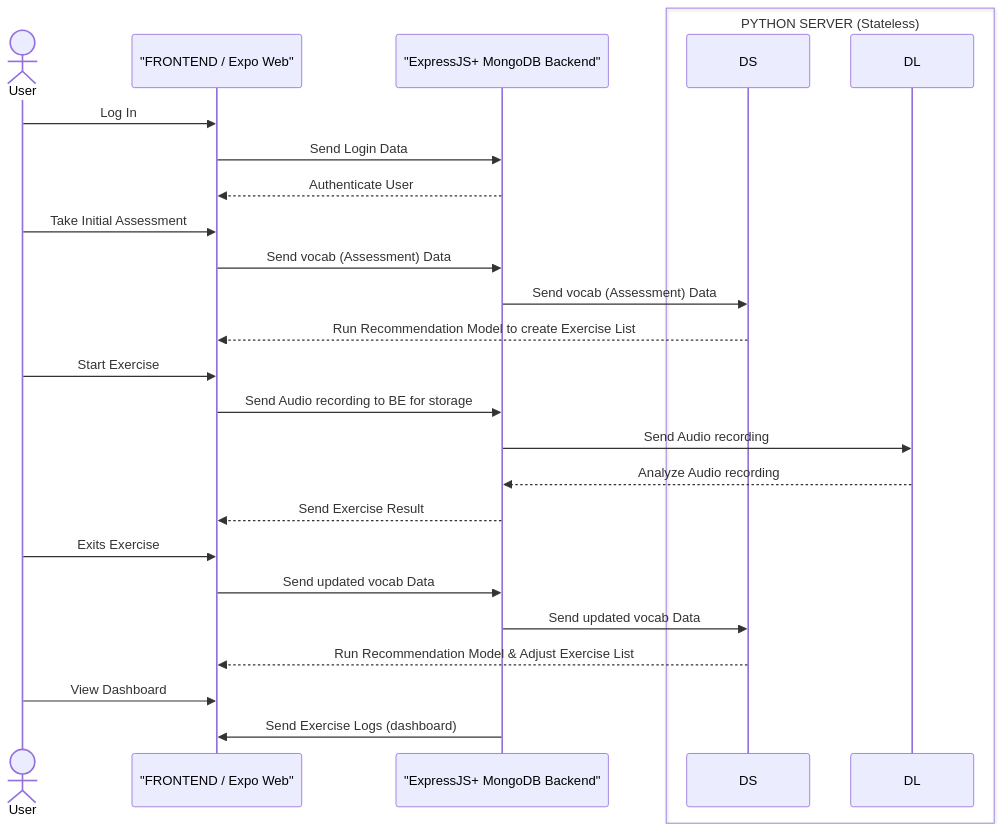
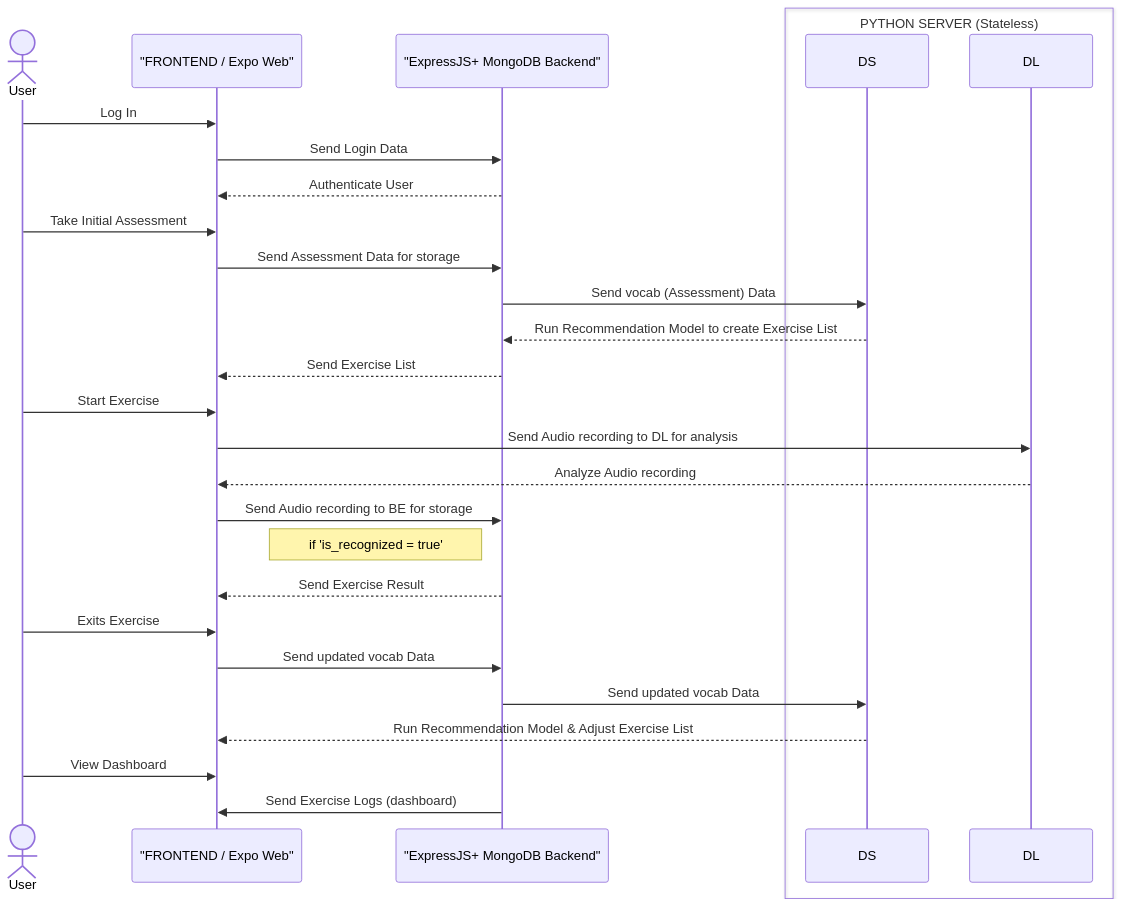
Before and after one commit to TechLabs-Berlin/ss23-talk-a-palooza: the diagram in app/documentation/systemDesign.md, drawn with Mermaid.

Commit message:
Update systemDesign.md
Update after connection Node / fastAPI:
Audio sent directly from FE who collects response from DL.
Only recognized audio get stored in Node for potential future feature uses (in dashboard listen to the evolution of word pronunciation for example).

````diff
--- a/app/documentation/systemDesign.md
+++ b/app/documentation/systemDesign.md
@@ -1,40 +1,42 @@
 ```mermaid
 sequenceDiagram
     Actor User as User
     participant FE as "FRONTEND / Expo Web"
     Participant BE as "ExpressJS+ MongoDB Backend"
 box PYTHON SERVER (Stateless)
     participant DS
     participant DL
 end
 
     User ->> FE: Log In
     FE ->> BE: Send Login Data
     BE -->> FE: Authenticate User
 
     User ->> FE: Take Initial Assessment
-    FE ->> BE: Send vocab (Assessment) Data
+    FE ->> BE: Send Assessment Data for storage
     BE ->> DS: Send vocab (Assessment) Data
-    DS -->> FE: Run Recommendation Model to create Exercise List
+    DS -->> BE: Run Recommendation Model to create Exercise List
+    BE -->> FE: Send Exercise List
 
     User ->> FE: Start Exercise
+    FE ->> DL: Send Audio recording to DL for analysis
+    DL -->> FE: Analyze Audio recording
     FE ->> BE: Send Audio recording to BE for storage
-    BE ->> DL: Send Audio recording
-    DL -->> BE: Analyze Audio recording
+    Note left of BE: if 'is_recognized = true'
     BE -->> FE: Send Exercise Result
 
 
     User ->> FE: Exits Exercise
     FE ->> BE: Send updated vocab Data
     BE ->> DS: Send updated vocab Data
     DS -->> FE: Run Recommendation Model & Adjust Exercise List
 
     User ->> FE: View Dashboard
     BE ->> FE: Send Exercise Logs (dashboard)
 
 
 
 
 
 
 ```
````
